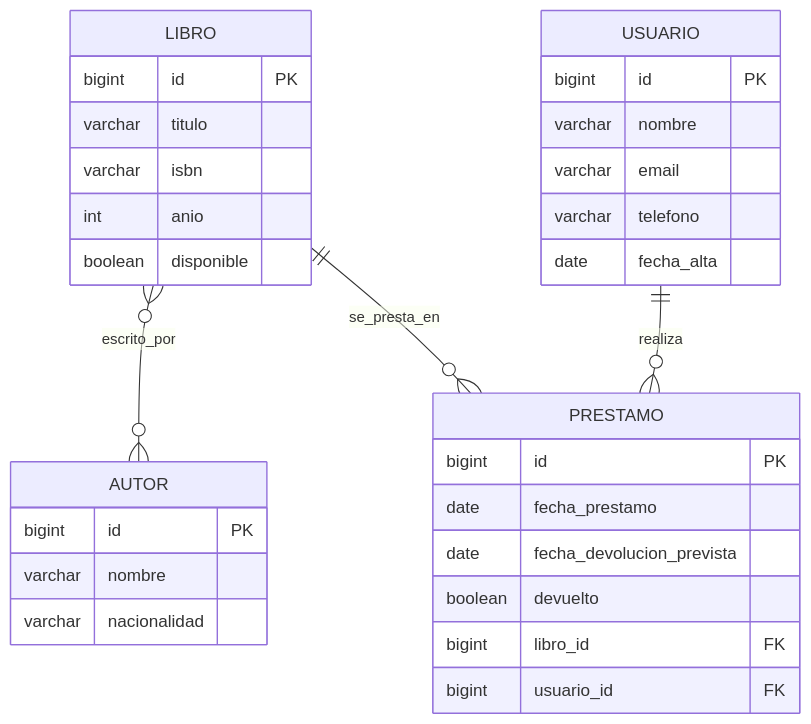
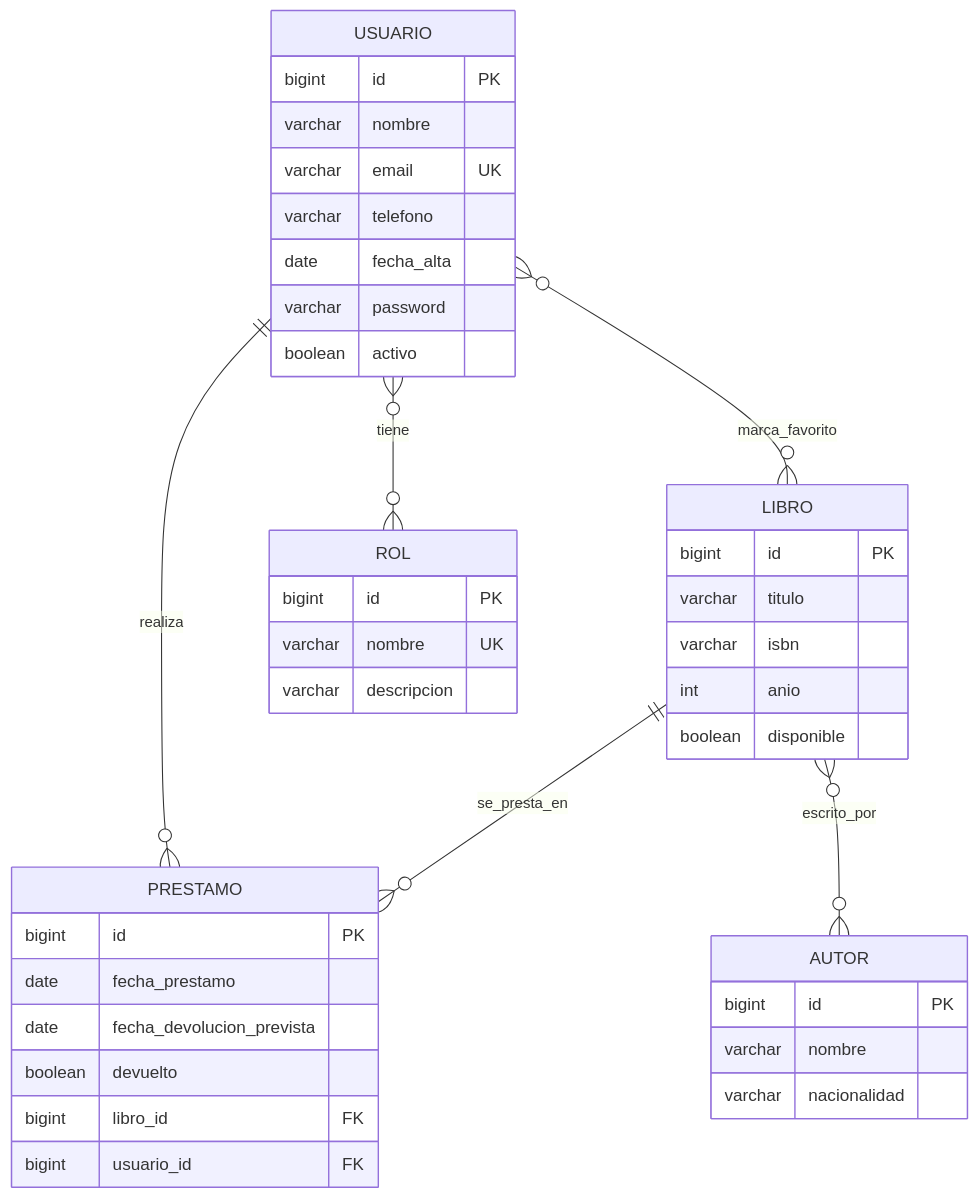
The diagram in docs/er-diagrama.md (nneme-dotcom/biblioteca), drawn with Mermaid before and after one commit. The commit also changed other lines of this file and 8 other files, not shown here.

Commit message:
P3 It1: Usuario con password y activo, entidad Rol, relaciones Usuario-Rol y Usuario-Libro (favoritos)

````diff
--- a/docs/er-diagrama.md
+++ b/docs/er-diagrama.md
@@ -11,34 +15,43 @@
 ```mermaid
 erDiagram
     LIBRO }o--o{ AUTOR : escrito_por
     USUARIO ||--o{ PRESTAMO : realiza
     LIBRO ||--o{ PRESTAMO : se_presta_en
+    USUARIO }o--o{ ROL : tiene
+    USUARIO }o--o{ LIBRO : marca_favorito
 
     LIBRO {
         bigint id PK
         varchar titulo
         varchar isbn
         int anio
         boolean disponible
     }
     AUTOR {
         bigint id PK
         varchar nombre
         varchar nacionalidad
     }
     USUARIO {
         bigint id PK
         varchar nombre
-        varchar email
+        varchar email UK
         varchar telefono
         date fecha_alta
+        varchar password
+        boolean activo
+    }
+    ROL {
+        bigint id PK
+        varchar nombre UK
+        varchar descripcion
     }
     PRESTAMO {
         bigint id PK
         date fecha_prestamo
         date fecha_devolucion_prevista
         boolean devuelto
         bigint libro_id FK
         bigint usuario_id FK
     }
 ```
````
